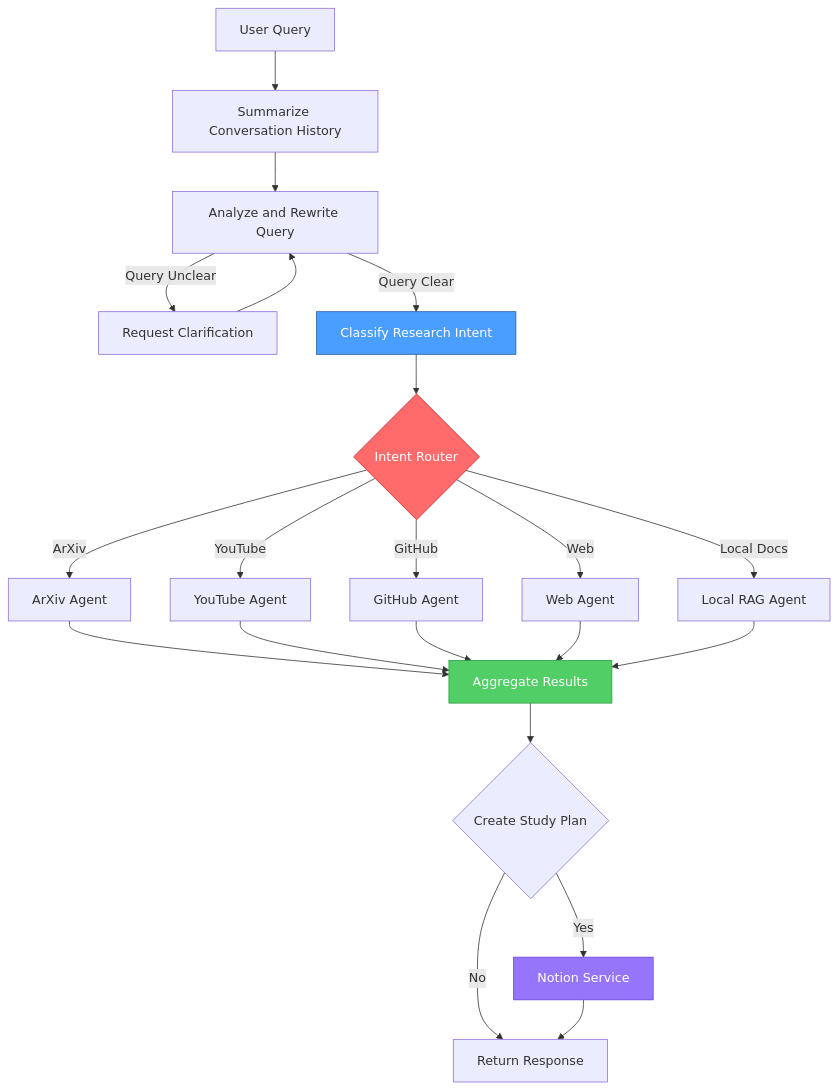
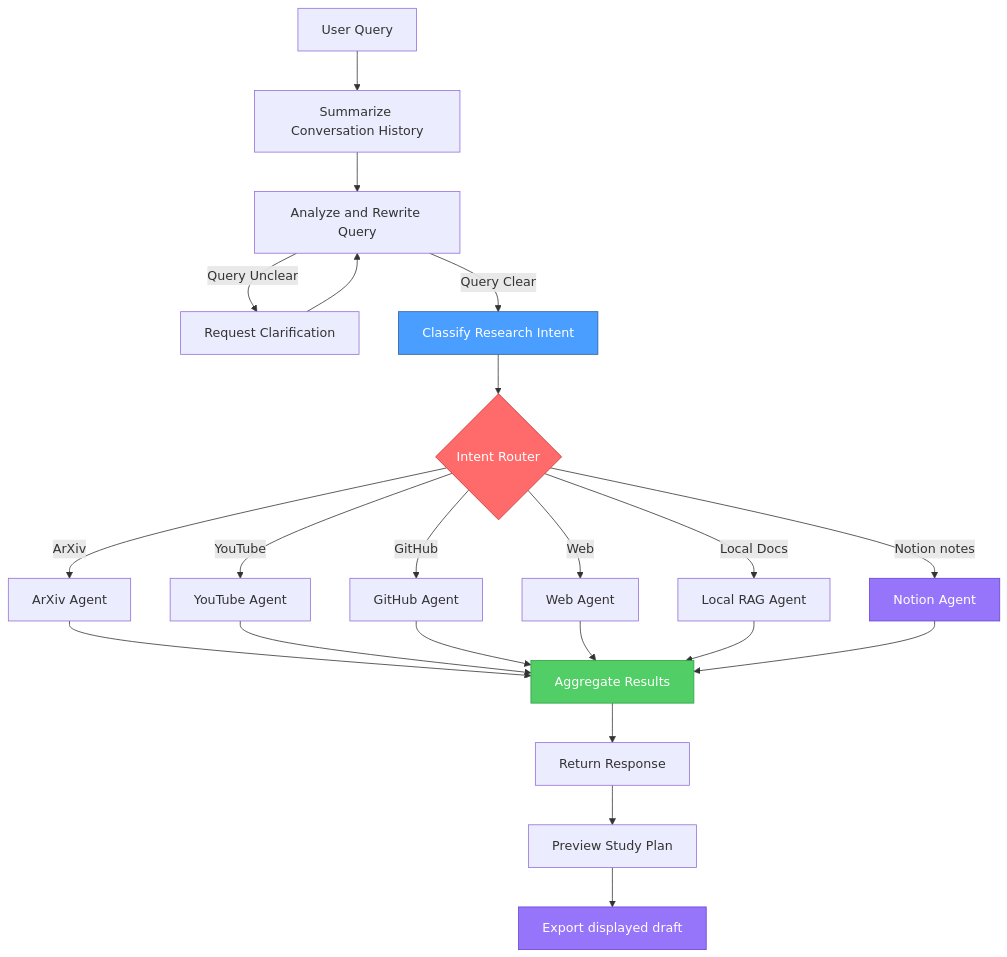
One commit to yuancx2025/research_copilot changed the diagram in README.md. Above: the diagram before and after it, drawn with Mermaid. The commit also changed other lines of this file and 53 other files, not shown here.

````diff
--- a/README.md
+++ b/README.md
@@ -7,36 +9,36 @@
 ```mermaid
 flowchart TD
     Start[User Query] --> Summarize[Summarize Conversation History]
     Summarize --> AnalyzeRewrite[Analyze and Rewrite Query]
 
     AnalyzeRewrite -->|Query Unclear| HumanInput[Request Clarification]
     HumanInput --> AnalyzeRewrite
 
     AnalyzeRewrite -->|Query Clear| ClassifyIntent[Classify Research Intent]
 
     ClassifyIntent --> Router{Intent Router}
 
     Router -->|ArXiv| ArXivAgent[ArXiv Agent]
     Router -->|YouTube| YouTubeAgent[YouTube Agent]
     Router -->|GitHub| GitHubAgent[GitHub Agent]
     Router -->|Web| WebAgent[Web Agent]
     Router -->|Local Docs| LocalAgent[Local RAG Agent]
+    Router -->|Notion notes| NotionAgent[Notion Agent]
 
     ArXivAgent --> Aggregate[Aggregate Results]
     YouTubeAgent --> Aggregate
     GitHubAgent --> Aggregate
     WebAgent --> Aggregate
     LocalAgent --> Aggregate
+    NotionAgent --> Aggregate
 
-    Aggregate --> NotionCheck{Create Study Plan}
-
-    NotionCheck -->|Yes| NotionService[Notion Service]
-    NotionCheck -->|No| End[Return Response]
-
-    NotionService --> End
+    Aggregate --> End[Return Response]
+    End --> Preview[Preview Study Plan]
+    Preview --> Export[Export displayed draft]
 
     style ClassifyIntent fill:#4a9eff,stroke:#2d5f9f,color:#ffffff
     style Router fill:#ff6b6b,stroke:#c92a2a,color:#ffffff
     style Aggregate fill:#51cf66,stroke:#2f9e44,color:#ffffff
-    style NotionService fill:#9775fa,stroke:#6741d9,color:#ffffff
+    style NotionAgent fill:#9775fa,stroke:#6741d9,color:#ffffff
+    style Export fill:#9775fa,stroke:#6741d9,color:#ffffff
 ```
````
